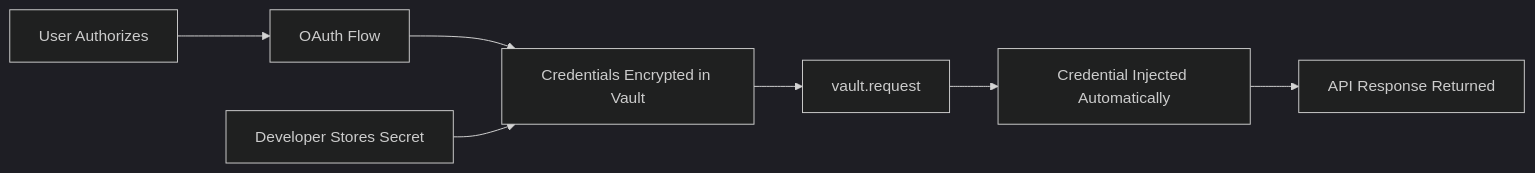
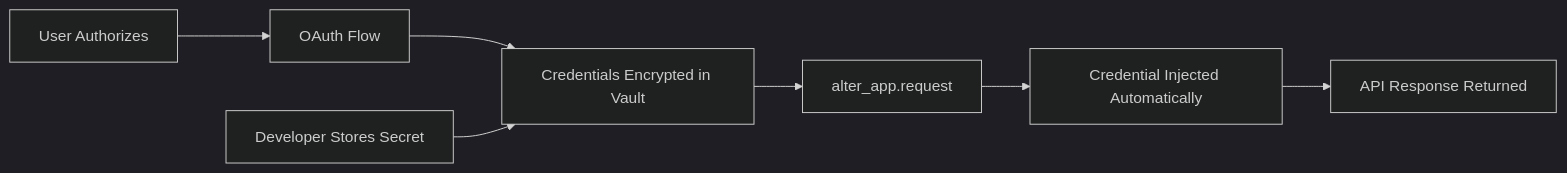
Before and after one commit to AlterAIDev/docs: the first of 2 diagrams in reference/architecture.mdx, drawn with Mermaid (dark theme). The commit also changed other lines of this file and 109 other files, not shown here.

Commit message:
Sync documentation from Alter-Vault (main)

````diff
--- a/reference/architecture.mdx
+++ b/reference/architecture.mdx
@@ -17,9 +17,9 @@
 ```mermaid
 graph LR
     A1[User Authorizes] --> B1[OAuth Flow]
     B1 --> C[Credentials Encrypted in Vault]
     A2[Developer Stores Secret] --> C
-    C --> D[vault.request]
+    C --> D[alter_app.request]
     D --> E[Credential Injected Automatically]
     E --> F[API Response Returned]
 ```
````
